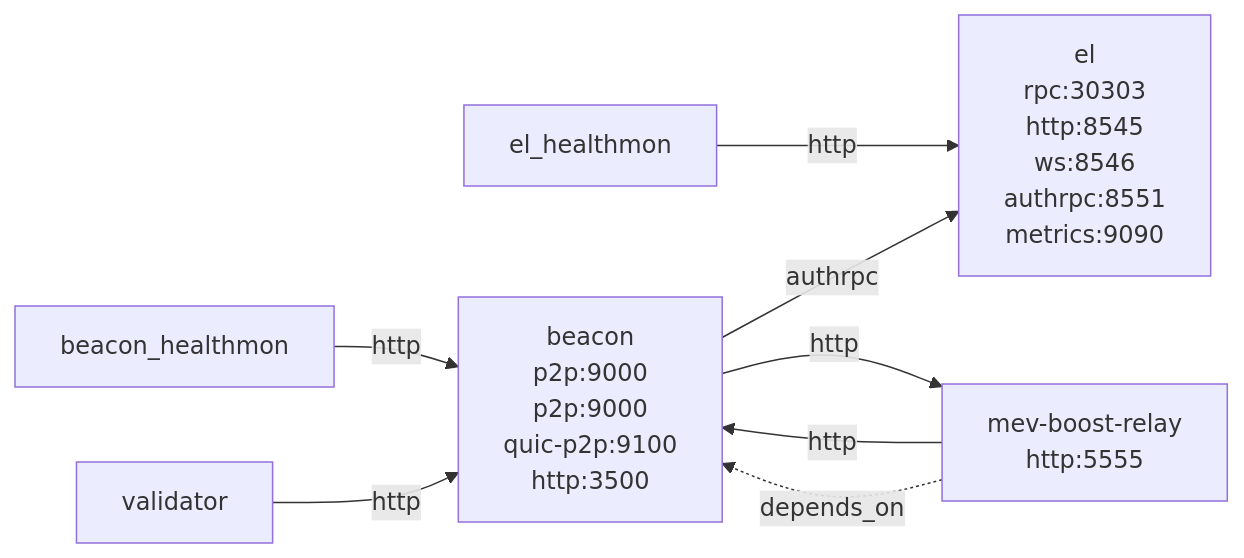
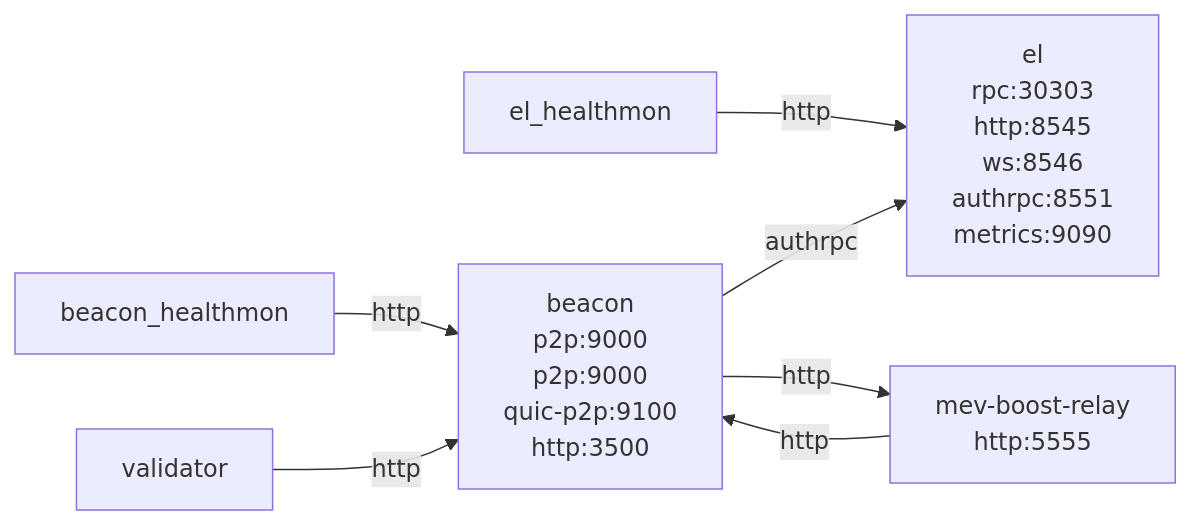
One commit to flashbots/builder-playground changed the diagram in docs/recipes/l1.md. Above: the diagram before and after it, drawn with Mermaid. The commit also changed 1 other file, not shown here.

Commit message:
generate docs

````diff
--- a/docs/recipes/l1.md
+++ b/docs/recipes/l1.md
@@ -17,17 +17,16 @@
 ```mermaid
 graph LR
   el["el<br/>rpc:30303<br/>http:8545<br/>ws:8546<br/>authrpc:8551<br/>metrics:9090"]
   el_healthmon["el_healthmon"]
   beacon["beacon<br/>p2p:9000<br/>p2p:9000<br/>quic-p2p:9100<br/>http:3500"]
   beacon_healthmon["beacon_healthmon"]
   validator["validator"]
   mev_boost_relay["mev-boost-relay<br/>http:5555"]
 
   el_healthmon -->|http| el
   beacon -->|authrpc| el
   beacon -->|http| mev_boost_relay
   beacon_healthmon -->|http| beacon
   validator -->|http| beacon
   mev_boost_relay -->|http| beacon
-  mev_boost_relay -.->|depends_on| beacon
 ```
````
